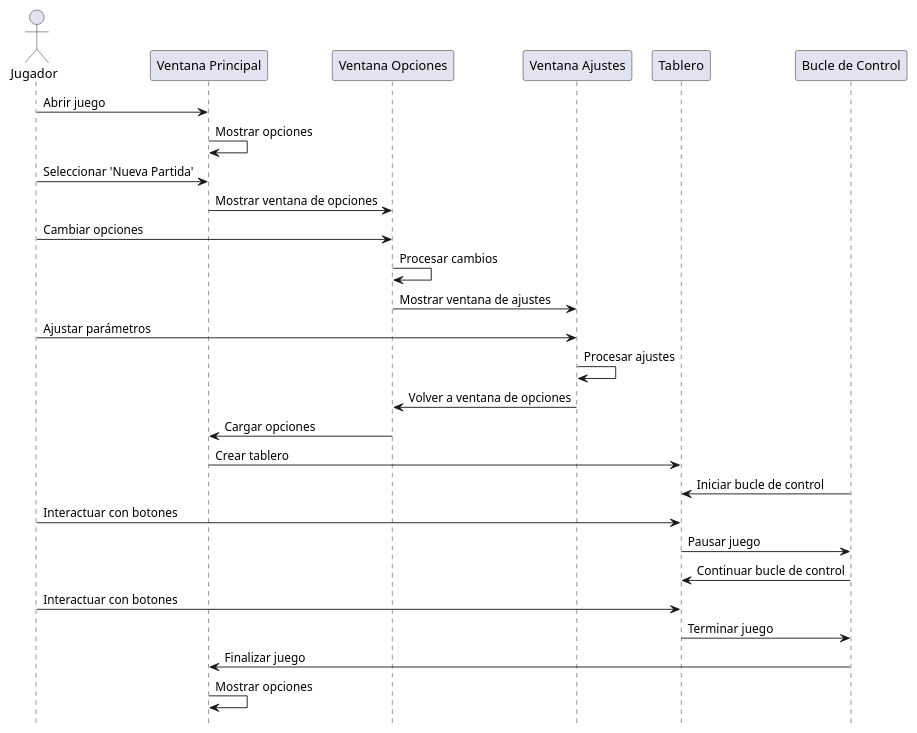
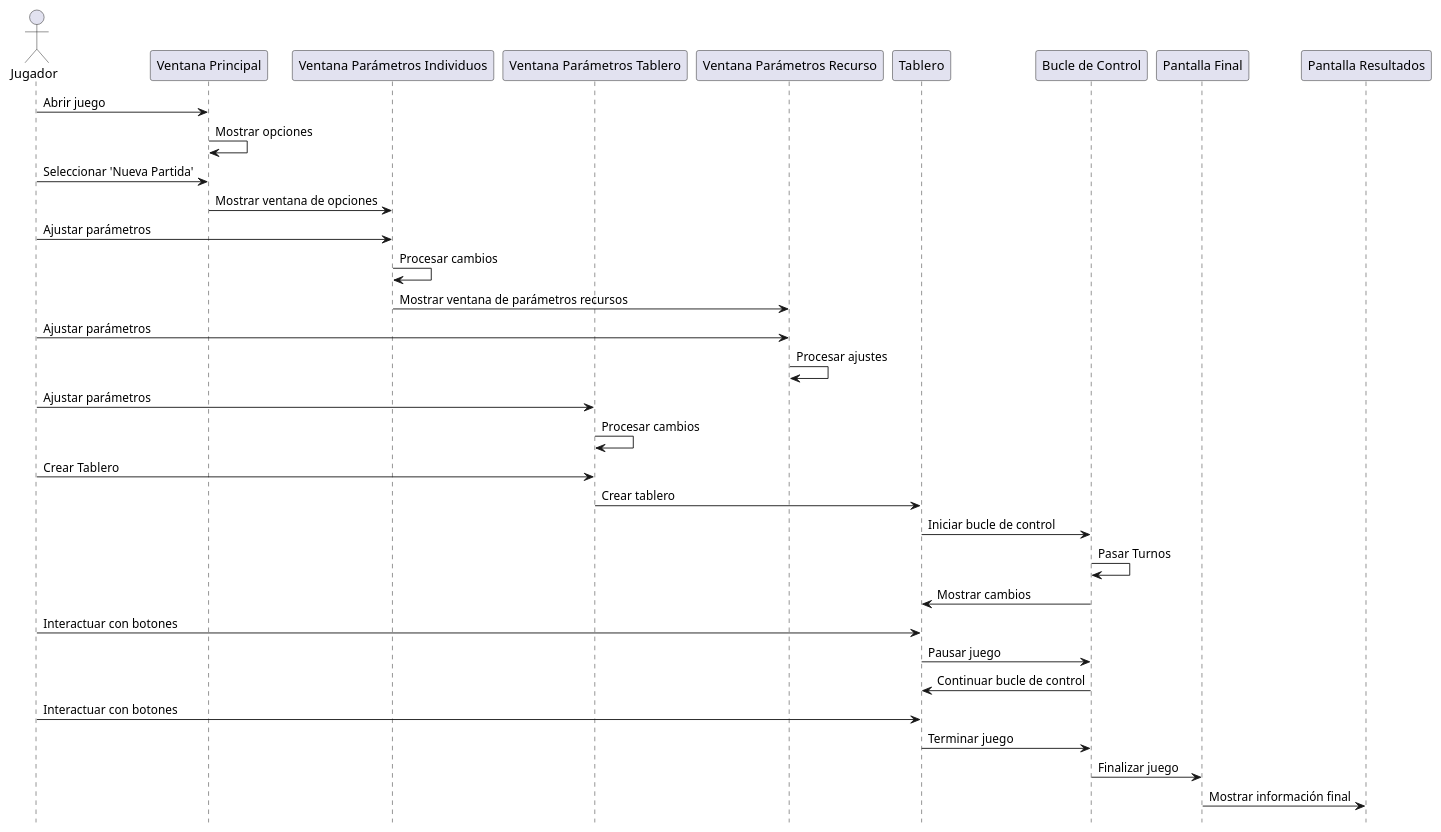
Before and after one commit to Amiralles11/JuegoDeLaVida-Conway-: the diagram in JuegoDeLaVida1/UML/DiagramaDeSecuencia.puml, drawn with PlantUML. The commit also changed 1 other file, not shown here.

Commit message:
uml y diagramas

```diff
--- a/JuegoDeLaVida1/UML/DiagramaDeSecuencia.puml
+++ b/JuegoDeLaVida1/UML/DiagramaDeSecuencia.puml
@@ -1,33 +1,36 @@
 @startuml
 hide footbox
 
 actor Jugador
 
 participant "Ventana Principal" as Principal
-participant "Ventana Opciones" as Opciones
-participant "Ventana Ajustes" as Ajustes
+participant "Ventana Parámetros Individuos" as Opciones
+participant "Ventana Parámetros Tablero" as Opciones2
+participant "Ventana Parámetros Recurso" as Ajustes
 participant "Tablero" as Tablero
 participant "Bucle de Control" as Control
 
 Jugador -> Principal: Abrir juego
 Principal -> Principal: Mostrar opciones
 Jugador -> Principal: Seleccionar 'Nueva Partida'
 Principal -> Opciones: Mostrar ventana de opciones
-Jugador -> Opciones: Cambiar opciones
+Jugador -> Opciones: Ajustar parámetros
 Opciones -> Opciones: Procesar cambios
-Opciones -> Ajustes: Mostrar ventana de ajustes
+Opciones -> Ajustes: Mostrar ventana de parámetros recursos
 Jugador -> Ajustes: Ajustar parámetros
 Ajustes -> Ajustes: Procesar ajustes
-Ajustes -> Opciones: Volver a ventana de opciones
-Opciones -> Principal: Cargar opciones
-Principal -> Tablero: Crear tablero
-Control -> Tablero: Iniciar bucle de control
+Jugador -> Opciones2: Ajustar parámetros
+Opciones2 -> Opciones2: Procesar cambios
+Jugador -> Opciones2: Crear Tablero
+Opciones2 -> Tablero: Crear tablero
+Tablero -> Control: Iniciar bucle de control
+Control -> Control: Pasar Turnos
+Control -> Tablero: Mostrar cambios
 Jugador -> Tablero: Interactuar con botones
 Tablero -> Control: Pausar juego
 Control -> Tablero: Continuar bucle de control
 Jugador -> Tablero: Interactuar con botones
 Tablero -> Control: Terminar juego
-Control -> Principal: Finalizar juego
-Principal -> Principal: Mostrar opciones
-
+Control -> "Pantalla Final": Finalizar juego
+"Pantalla Final" -> "Pantalla Resultados": Mostrar información final
 @enduml
```
